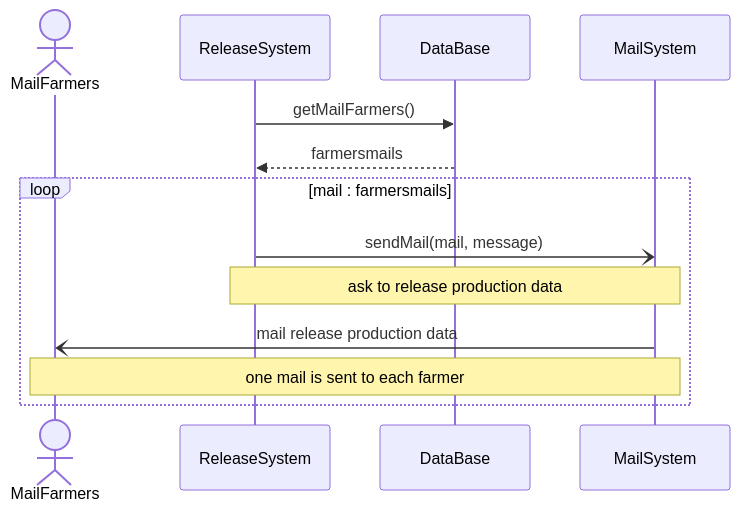
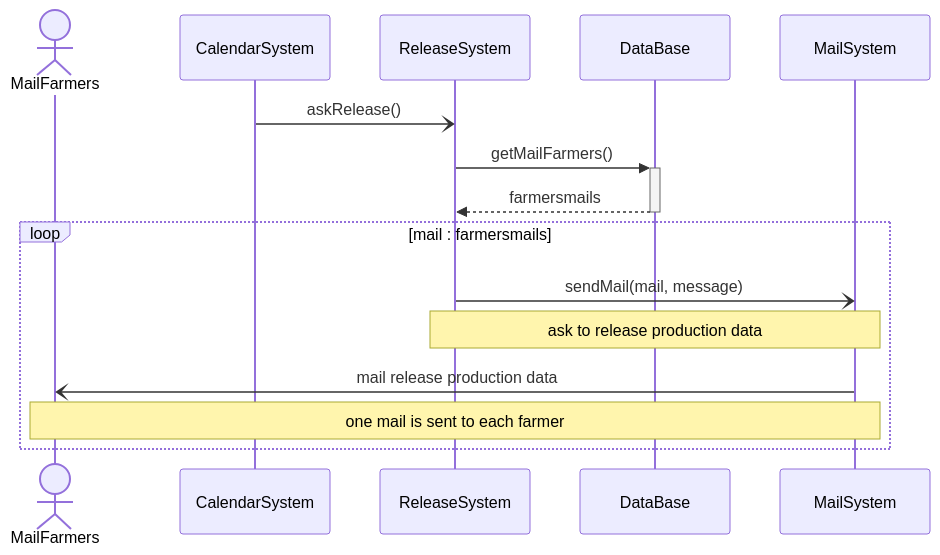
The fourth of 6 diagrams in uml/UMLdd.md (thekalipo/DeParcevauxPouliquen), drawn with Mermaid before and after one commit. The commit also changed other lines of this file and 3 other files, not shown here.

````diff
--- a/uml/UMLdd.md
+++ b/uml/UMLdd.md
@@ -66,12 +69,13 @@
 ```mermaid
 sequenceDiagram
     actor MailFarmers
-    ReleaseSystem ->> DataBase: getMailFarmers()
-    DataBase -->> ReleaseSystem: farmersmails
+    CalendarSystem -) ReleaseSystem: askRelease()
+    ReleaseSystem ->>+ DataBase: getMailFarmers()
+    DataBase -->>- ReleaseSystem: farmersmails
     loop mail : farmersmails
         ReleaseSystem -) MailSystem: sendMail(mail, message)
         Note over ReleaseSystem, MailSystem: ask to release production data
         MailSystem -) MailFarmers: mail release production data
         Note over MailFarmers, MailSystem: one mail is sent to each farmer
     end
 ```
````
